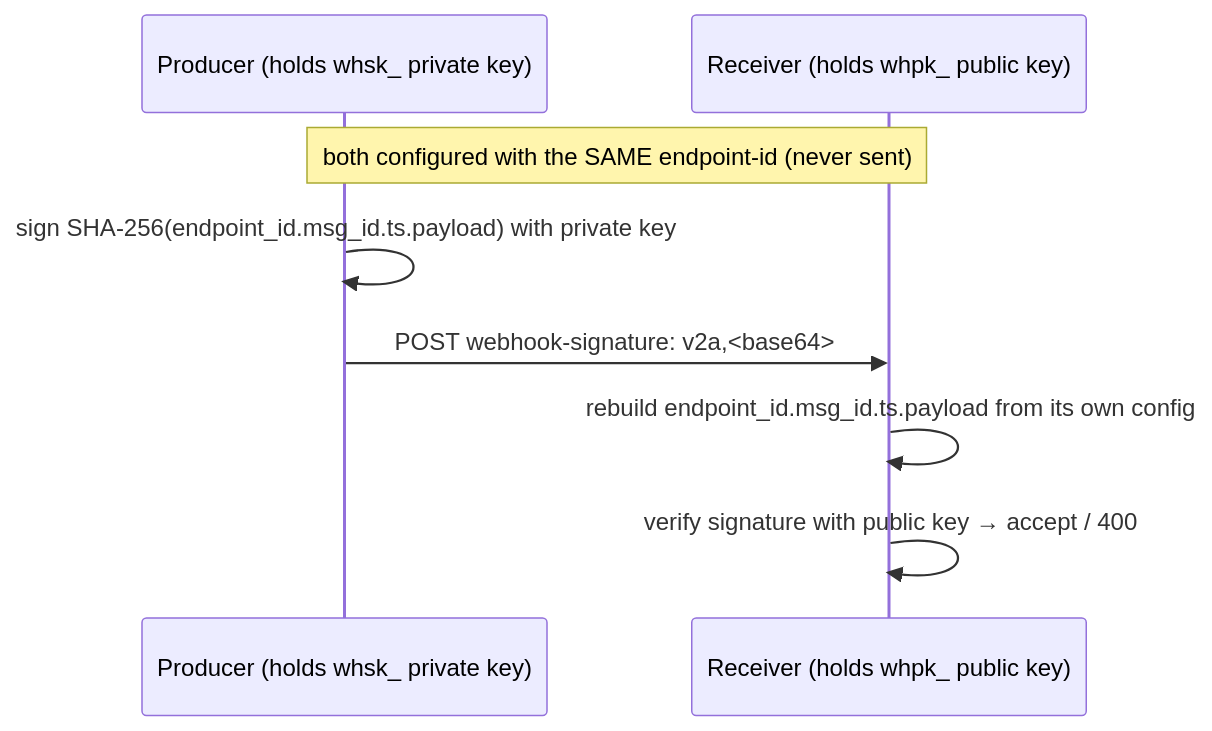
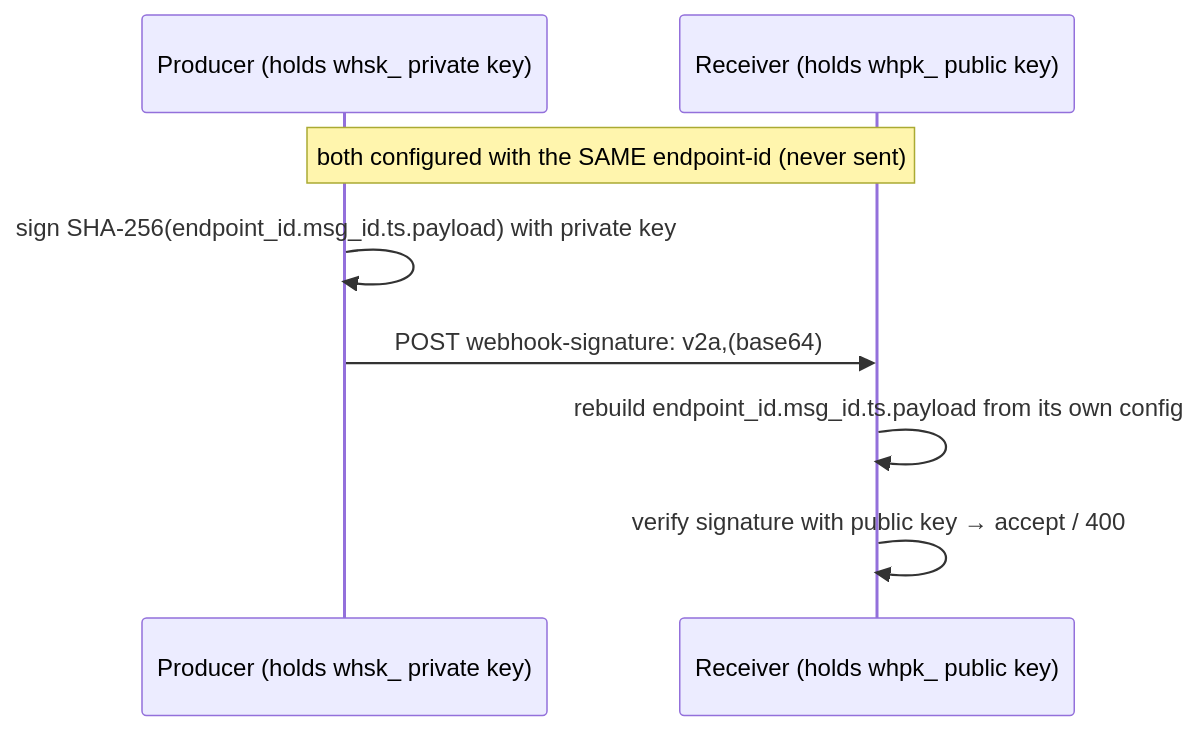
The second of 6 diagrams in docs/guides/verification-and-security.md (jinternals/webhooks), drawn with Mermaid before and after one commit. The commit also changed other lines of this file and 13 other files, not shown here.

Commit message:
Fix documentation discrepancies, Mermaid syntax, and CI/Dependabot coverage

````diff
--- a/docs/guides/verification-and-security.md
+++ b/docs/guides/verification-and-security.md
@@ -143,10 +143,10 @@
 ```mermaid
 sequenceDiagram
     participant P as Producer (holds whsk_ private key)
     participant R as Receiver (holds whpk_ public key)
     Note over P,R: both configured with the SAME endpoint-id (never sent)
     P->>P: sign SHA-256(endpoint_id.msg_id.ts.payload) with private key
-    P->>R: POST  webhook-signature: v2a,<base64>
+    P->>R: POST  webhook-signature: v2a,(base64)
     R->>R: rebuild endpoint_id.msg_id.ts.payload from its own config
     R->>R: verify signature with public key → accept / 400
 ```
````
